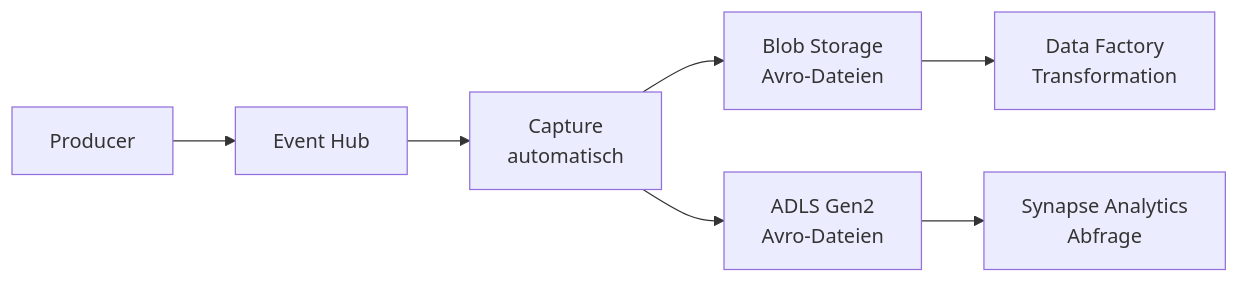
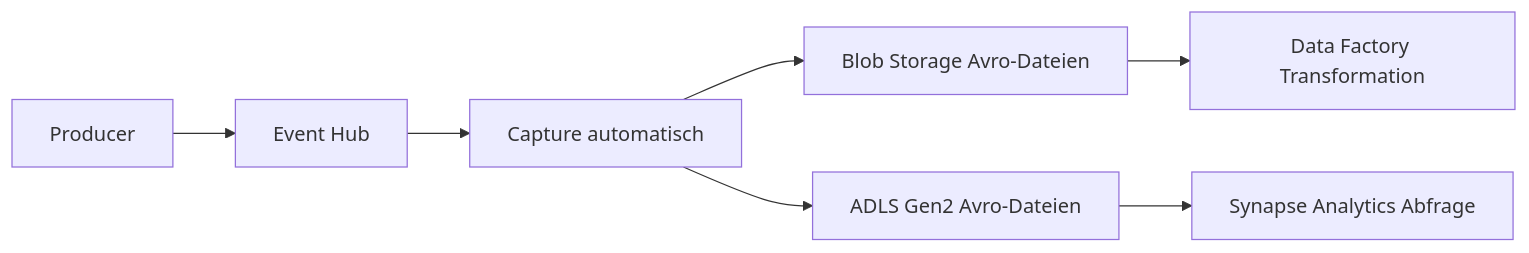
One commit to SoniiiT/notes-n-docs changed the fourth of 5 diagrams in Microsoft 365/Azure/Integration und Messaging/Azure Event Hubs.md. Above: the diagram before and after it, drawn with Mermaid. The commit also changed other lines of this file and 124 other files, not shown here.

First line of the commit message:
fix: Entferne \n aus allen Mermaid-Diagrammen (125 Dateien)

````diff
--- a/Microsoft 365/Azure/Integration und Messaging/Azure Event Hubs.md
+++ b/Microsoft 365/Azure/Integration und Messaging/Azure Event Hubs.md
@@ -137,9 +137,9 @@
 ```mermaid
 flowchart LR
     P[Producer] --> EH[Event Hub]
-    EH --> CAP[Capture\nautomatisch]
-    CAP --> BLOB[Blob Storage\nAvro-Dateien]
-    CAP --> ADLS[ADLS Gen2\nAvro-Dateien]
-    BLOB --> ADF[Data Factory\nTransformation]
-    ADLS --> SYNAPSE[Synapse Analytics\nAbfrage]
+    EH --> CAP[Capture automatisch]
+    CAP --> BLOB[Blob Storage Avro-Dateien]
+    CAP --> ADLS[ADLS Gen2 Avro-Dateien]
+    BLOB --> ADF[Data Factory Transformation]
+    ADLS --> SYNAPSE[Synapse Analytics Abfrage]
 ```
````
